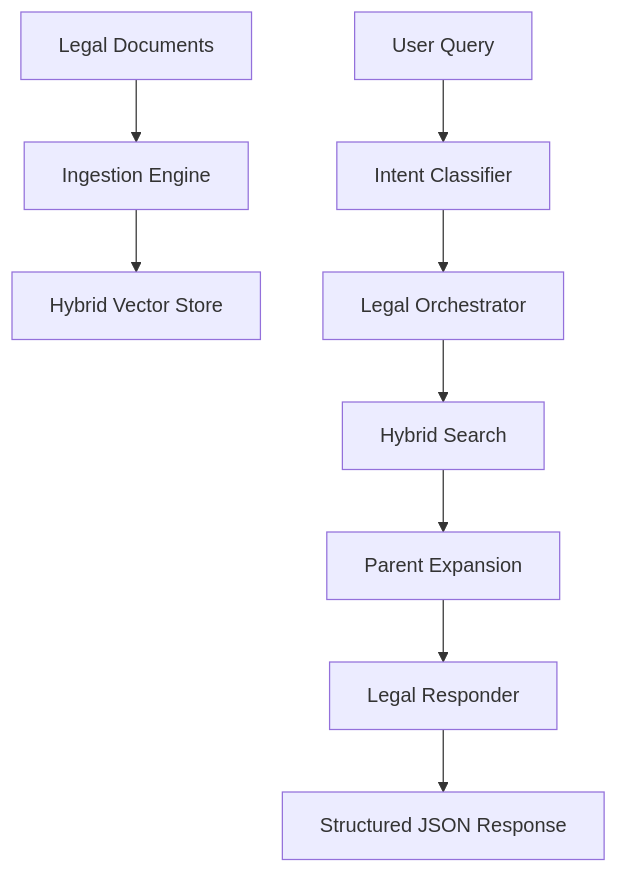
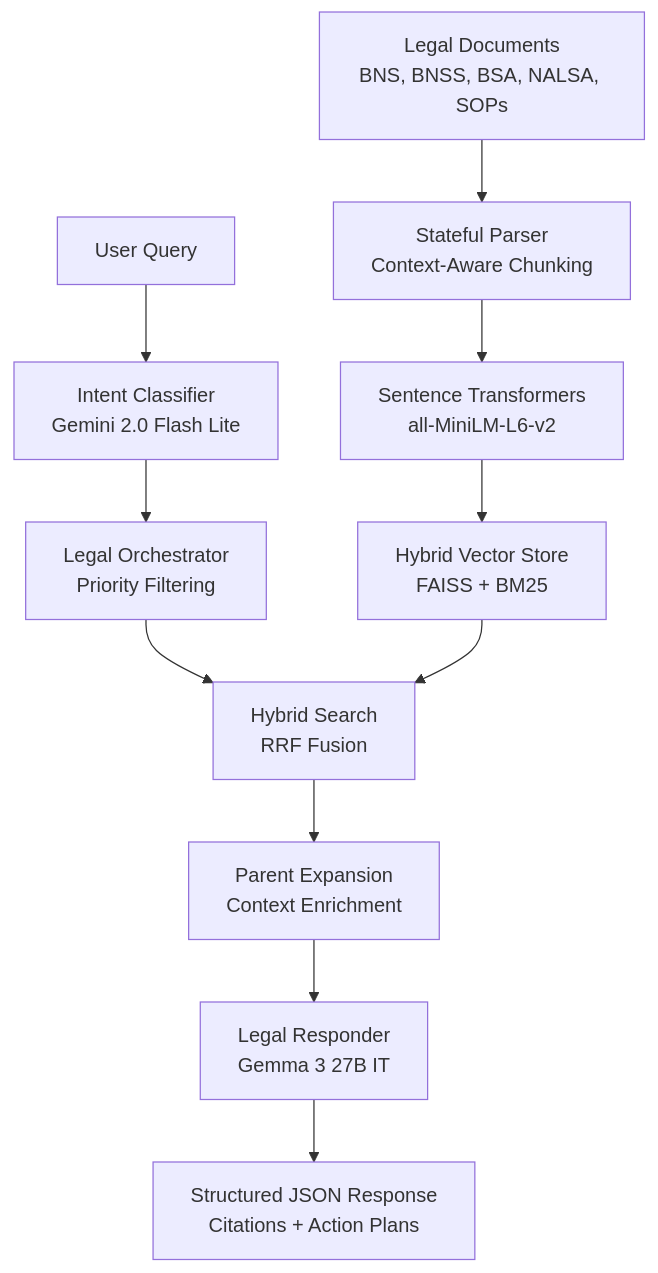
One commit to MET4L-DS/Legal-RAG-engine changed the diagram in README.md. Above: the diagram before and after it, drawn with Mermaid. The commit also changed other lines of this file and 27 other files, not shown here.

````diff
--- a/README.md
+++ b/README.md
@@ -34,11 +78,14 @@
 ```mermaid
 graph TD
-    A[Legal Documents] --> B[Ingestion Engine]
-    B --> C[Hybrid Vector Store]
-    D[User Query] --> E[Intent Classifier]
-    E --> F[Legal Orchestrator]
-    F --> G[Hybrid Search]
-    G --> H[Parent Expansion]
-    H --> I[Legal Responder]
-    I --> J[Structured JSON Response]
+    A[Legal Documents<br/>BNS, BNSS, BSA, NALSA, SOPs] --> B[Stateful Parser<br/>Context-Aware Chunking]
+    B --> C[Sentence Transformers<br/>all-MiniLM-L6-v2]
+    C --> D[Hybrid Vector Store<br/>FAISS + BM25]
+
+    E[User Query] --> F[Intent Classifier<br/>Gemini 2.0 Flash Lite]
+    F --> G[Legal Orchestrator<br/>Priority Filtering]
+    G --> H[Hybrid Search<br/>RRF Fusion]
+    D --> H
+    H --> I[Parent Expansion<br/>Context Enrichment]
+    I --> J[Legal Responder<br/>Gemma 3 27B IT]
+    J --> K[Structured JSON Response<br/>Citations + Action Plans]
 ```
````
